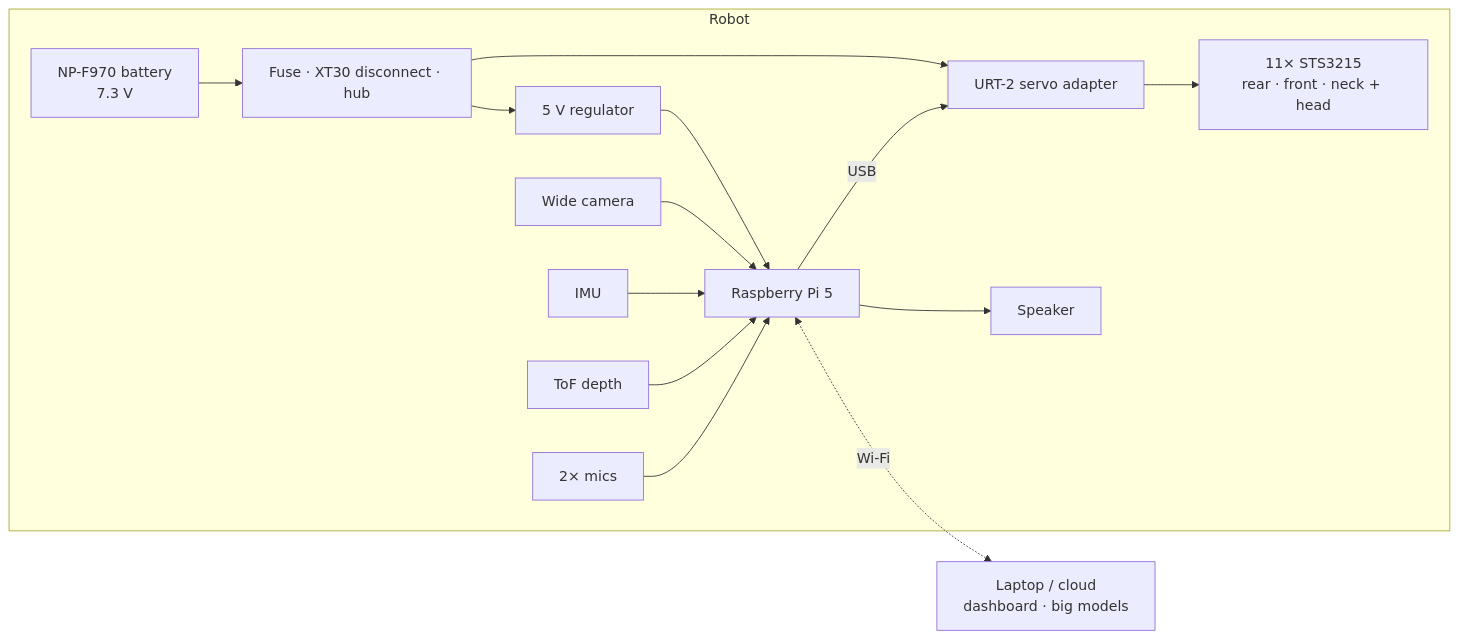
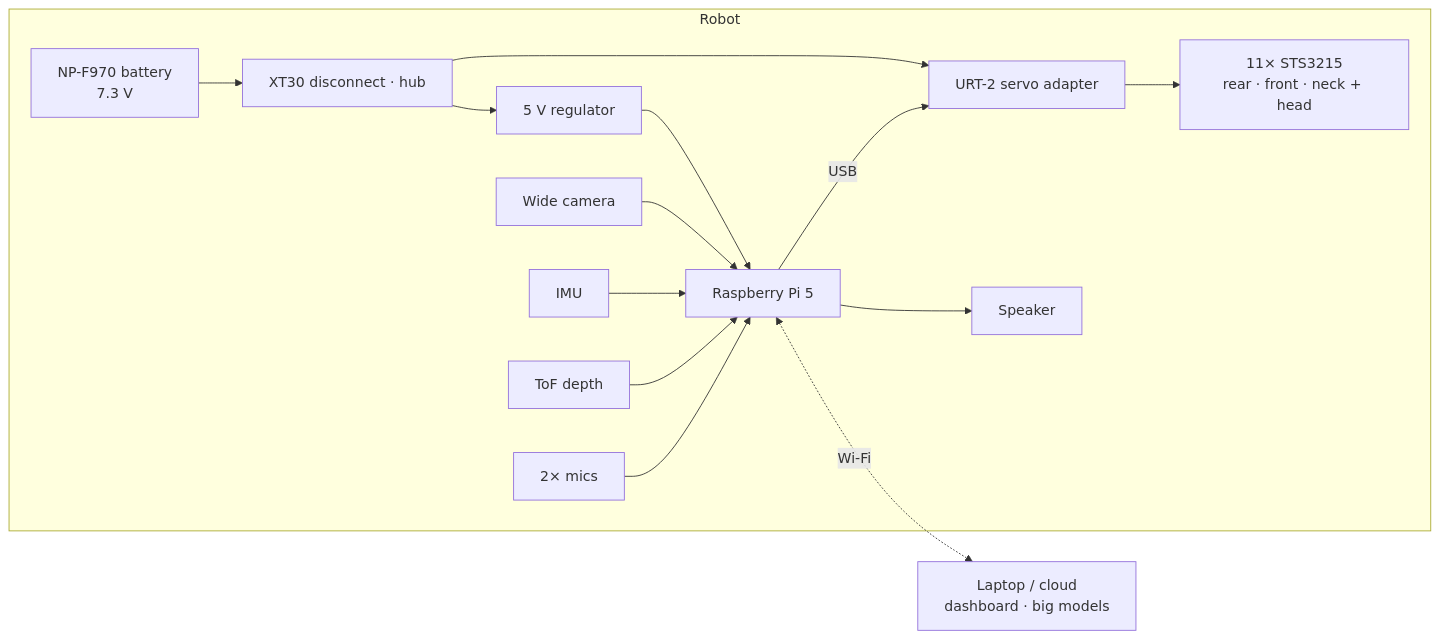
The diagram in README.md (jameslemke10/microdog), drawn with Mermaid before and after one commit. The commit also changed 5 other files, not shown here.

````diff
--- a/README.md
+++ b/README.md
@@ -24,17 +24,17 @@
 ```mermaid
 flowchart LR
     subgraph Robot
-        BAT[NP-F970 battery<br/>7.3 V] --> PWR[Fuse · XT30 disconnect · hub]
+        BAT[NP-F970 battery<br/>7.3 V] --> PWR[XT30 disconnect · hub]
         PWR --> URT[URT-2 servo adapter]
         PWR --> REG[5 V regulator]
         REG --> PI[Raspberry Pi 5]
         PI -- USB --> URT
         URT --> SERVOS[11× STS3215<br/>rear · front · neck + head]
         CAM[Wide camera] --> PI
         IMU[IMU] --> PI
         TOF[ToF depth] --> PI
         MIC[2× mics] --> PI
         PI --> SPK[Speaker]
     end
     PI <-. Wi-Fi .-> BASE[Laptop / cloud<br/>dashboard · big models]
 ```
````
